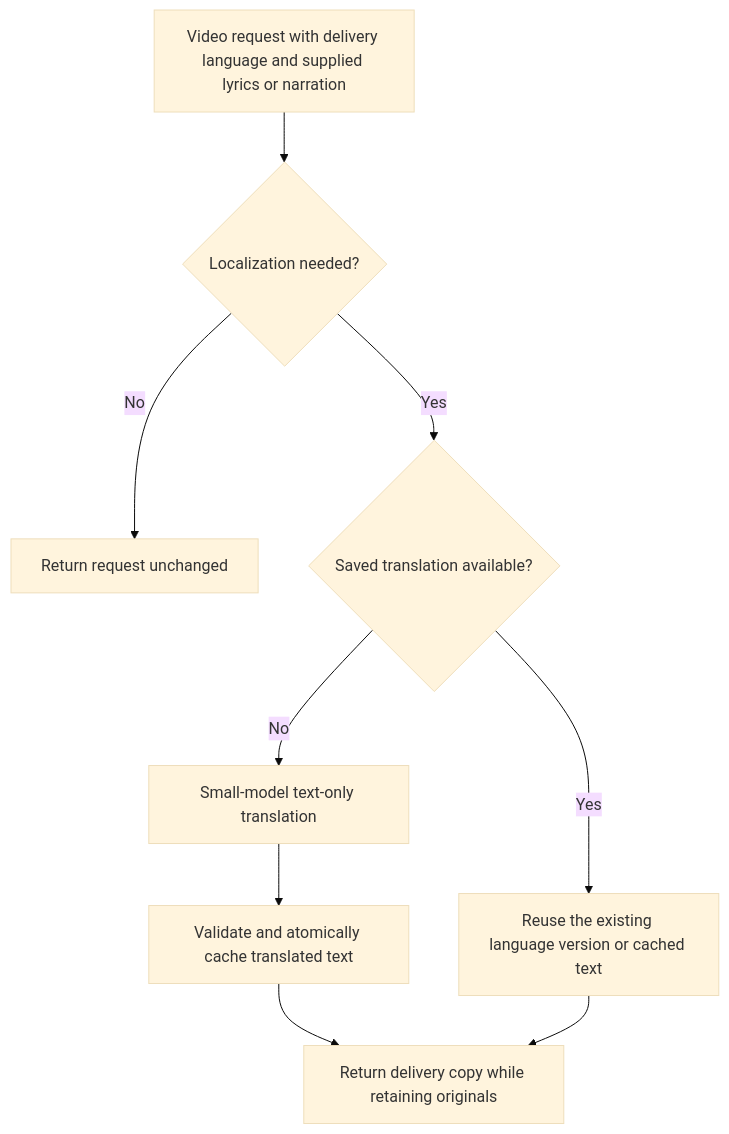
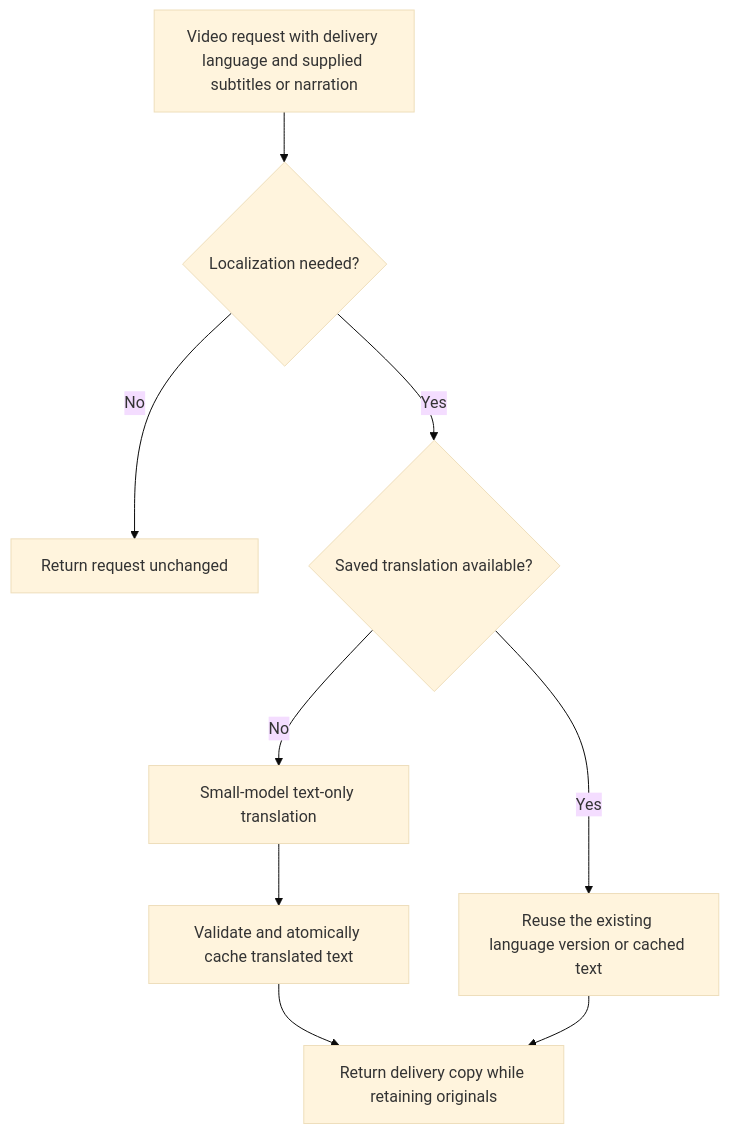
The sixth of 9 diagrams in src/server/jobs/subworkflows/README.md (delexw/kiteva), drawn with Mermaid (base theme) before and after one commit. The commit also changed 215 other files, not shown here.

````diff
--- a/src/server/jobs/subworkflows/README.md
+++ b/src/server/jobs/subworkflows/README.md
@@ -141,11 +141,11 @@
 ```mermaid
 flowchart TD
-  Request["Video request with delivery language and supplied lyrics or narration"] --> Need{"Localization needed?"}
+  Request["Video request with delivery language and supplied subtitles or narration"] --> Need{"Localization needed?"}
   Need -->|No| Keep["Return request unchanged"]
   Need -->|Yes| Cache{"Saved translation available?"}
   Cache -->|Yes| Reuse["Reuse the existing language version or cached text"]
   Cache -->|No| Translate["Small-model text-only translation"]
   Translate --> Save["Validate and atomically cache translated text"]
   Save --> Output["Return delivery copy while retaining originals"]
   Reuse --> Output
 ```
````
